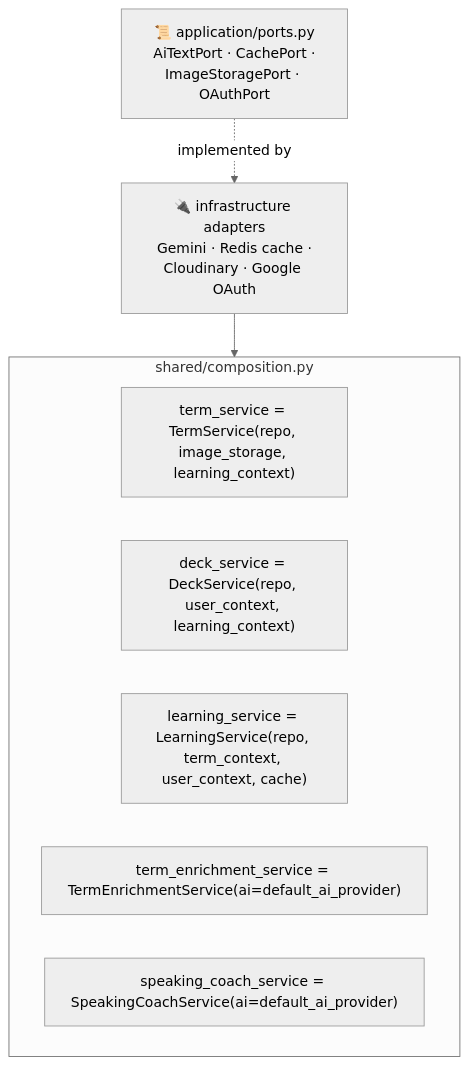
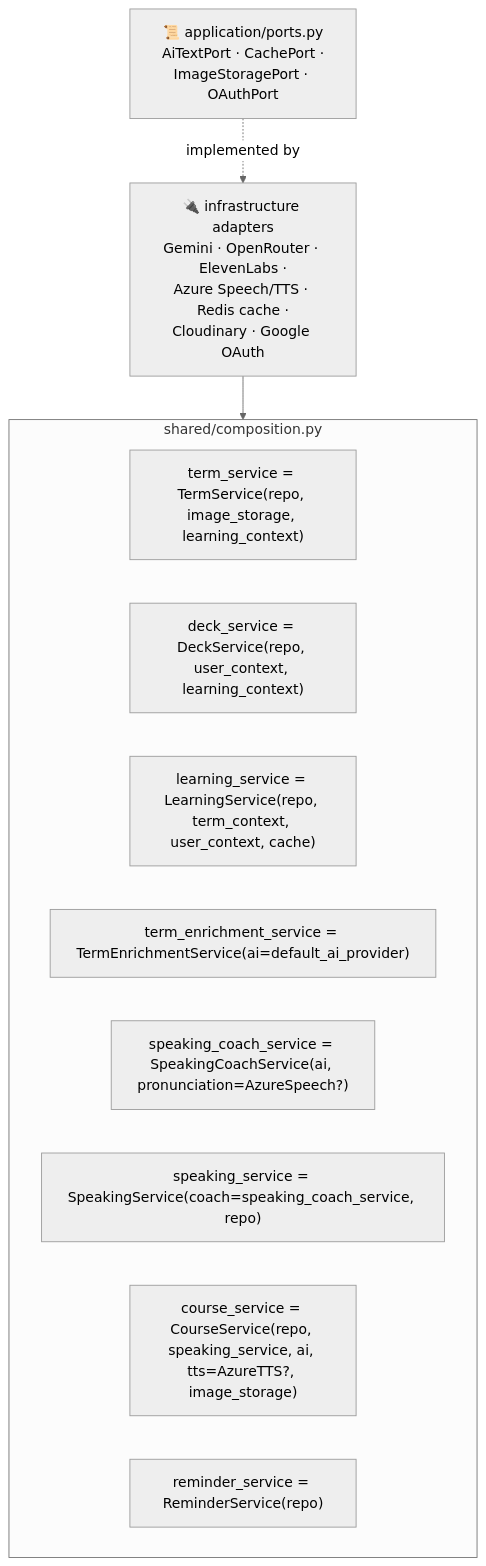
Before and after one commit to ngovandong/flashlearn: the fourth of 18 diagrams in ARCHITECTURE.md, drawn with Mermaid (neutral theme). The commit also changed other lines of this file and 72 other files, not shown here.

````diff
--- a/ARCHITECTURE.md
+++ b/ARCHITECTURE.md
@@ -259,16 +265,19 @@
 ```mermaid
 flowchart TB
     subgraph compose["shared/composition.py"]
         TS["term_service = TermService(repo, image_storage, learning_context)"]
         DS["deck_service = DeckService(repo, user_context, learning_context)"]
         LS["learning_service = LearningService(repo, term_context, user_context, cache)"]
         TE["term_enrichment_service = TermEnrichmentService(ai=default_ai_provider)"]
-        SC["speaking_coach_service = SpeakingCoachService(ai=default_ai_provider)"]
+        SC["speaking_coach_service = SpeakingCoachService(ai, pronunciation=AzureSpeech?)"]
+        SS["speaking_service = SpeakingService(coach=speaking_coach_service, repo)"]
+        CS["course_service = CourseService(repo, speaking_service, ai, tts=AzureTTS?, image_storage)"]
+        RS["reminder_service = ReminderService(repo)"]
     end
 
     Ports["📜 application/ports.py<br/>AiTextPort · CachePort ·<br/>ImageStoragePort · OAuthPort"]
-    Adapters["🔌 infrastructure adapters<br/>Gemini · Redis cache ·<br/>Cloudinary · Google OAuth"]
+    Adapters["🔌 infrastructure adapters<br/>Gemini · OpenRouter · ElevenLabs ·<br/>Azure Speech/TTS · Redis cache ·<br/>Cloudinary · Google OAuth"]
 
     Ports -. implemented by .-> Adapters
     Adapters --> compose
 ```
````
